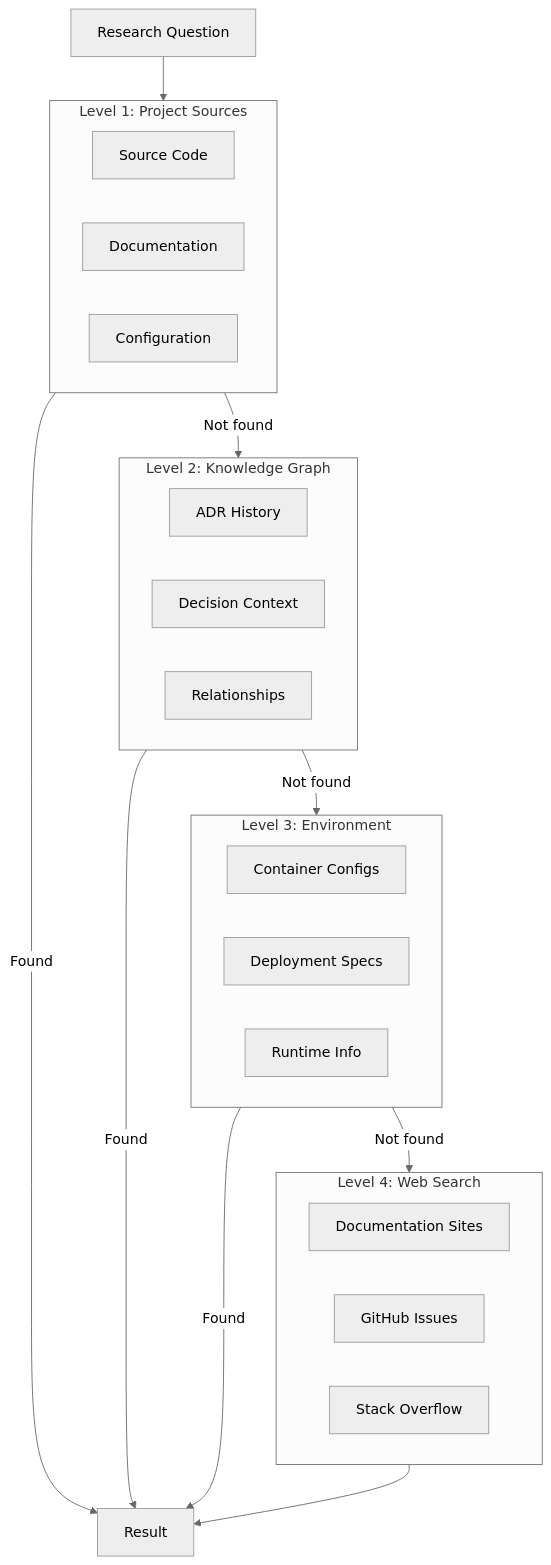
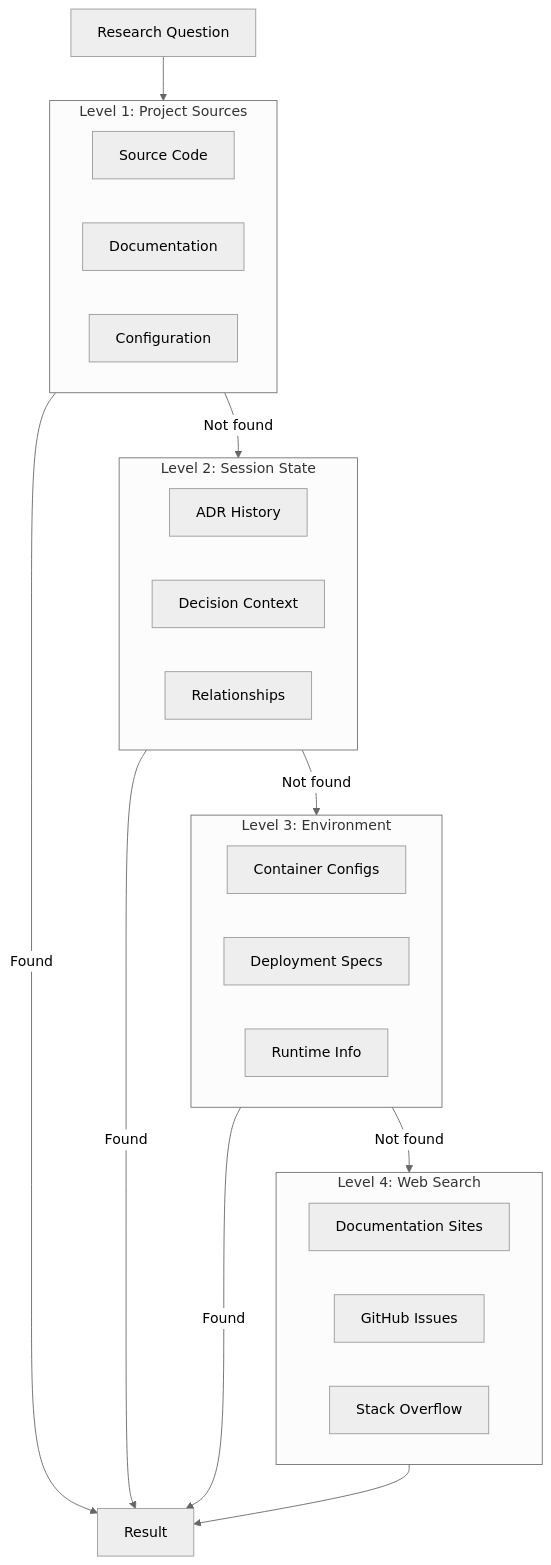
The fifth of 5 diagrams in docs/explanation/ai-architecture-concepts.md (tosin2013/mcp-adr-analysis-server), drawn with Mermaid (neutral theme) before and after one commit. The commit also changed other lines of this file and 28 other files, not shown here.

First line of the commit message:
docs(naming): rename "Knowledge Graph" to "Session & Tool-Usage Tracker" (#1548) (#1606)

````diff
--- a/docs/explanation/ai-architecture-concepts.md
+++ b/docs/explanation/ai-architecture-concepts.md
@@ -316,39 +316,39 @@
 ```mermaid
 flowchart TD
     Q[Research Question] --> L1
 
     subgraph L1[Level 1: Project Sources]
         A[Source Code]
         B[Documentation]
         C[Configuration]
     end
 
     L1 -->|Not found| L2
     L1 -->|Found| R[Result]
 
-    subgraph L2[Level 2: Knowledge Graph]
+    subgraph L2[Level 2: Session State]
         D[ADR History]
         E[Decision Context]
         F[Relationships]
     end
 
     L2 -->|Not found| L3
     L2 -->|Found| R
 
     subgraph L3[Level 3: Environment]
         G[Container Configs]
         H[Deployment Specs]
         I[Runtime Info]
     end
 
     L3 -->|Not found| L4
     L3 -->|Found| R
 
     subgraph L4[Level 4: Web Search]
         J[Documentation Sites]
         K[GitHub Issues]
         L[Stack Overflow]
     end
 
     L4 --> R
 ```
````
